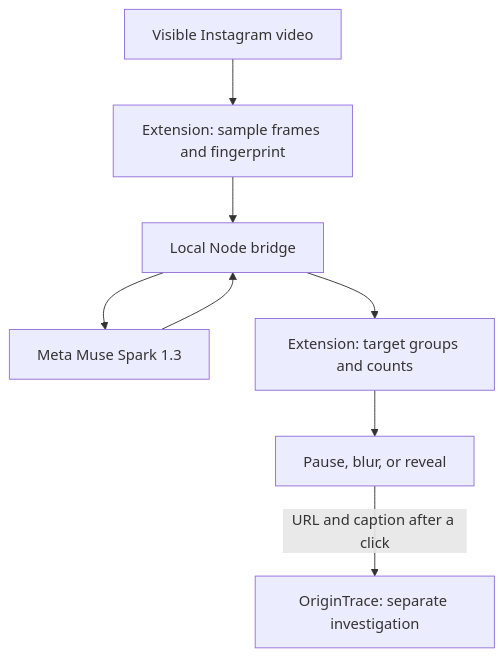
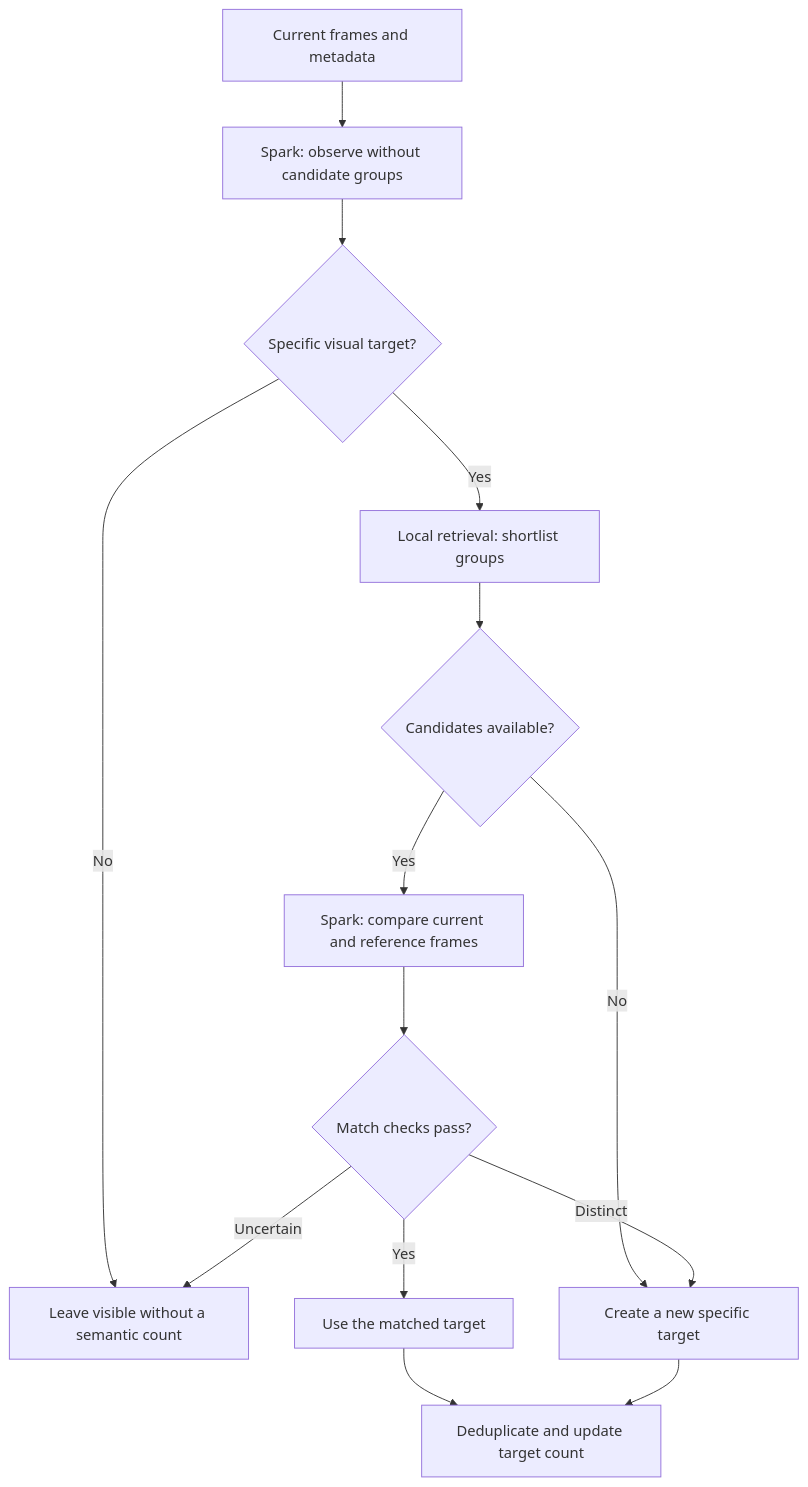
Before and after one commit to reusahn/Contextlens: the second of 2 diagrams in README.md, drawn with Mermaid. The commit also changed other lines of this file, not shown here.

Commit message:
docs: explain ContextLens recognition architecture and design rationale

````diff
--- a/README.md
+++ b/README.md
@@ -76,10 +121,16 @@
 ```mermaid
 flowchart TD
-    A["Visible Instagram video"] --> B["Extension: sample frames and fingerprint"]
-    B --> C["Local Node bridge"]
-    C --> D["Meta Muse Spark 1.3"]
-    D --> C
-    C --> E["Extension: target groups and counts"]
-    E --> F["Pause, blur, or reveal"]
-    F -->|URL and caption after a click| G["OriginTrace: separate investigation"]
+    A["Current frames and metadata"] --> B["Spark: observe without candidate groups"]
+    B --> C{"Specific visual target?"}
+    C -->|No| U["Leave visible without a semantic count"]
+    C -->|Yes| D["Local retrieval: shortlist groups"]
+    D --> E{"Candidates available?"}
+    E -->|No| N["Create a new specific target"]
+    E -->|Yes| F["Spark: compare current and reference frames"]
+    F --> G{"Match checks pass?"}
+    G -->|Yes| M["Use the matched target"]
+    G -->|Distinct| N
+    G -->|Uncertain| U
+    M --> H["Deduplicate and update target count"]
+    N --> H
 ```
````
